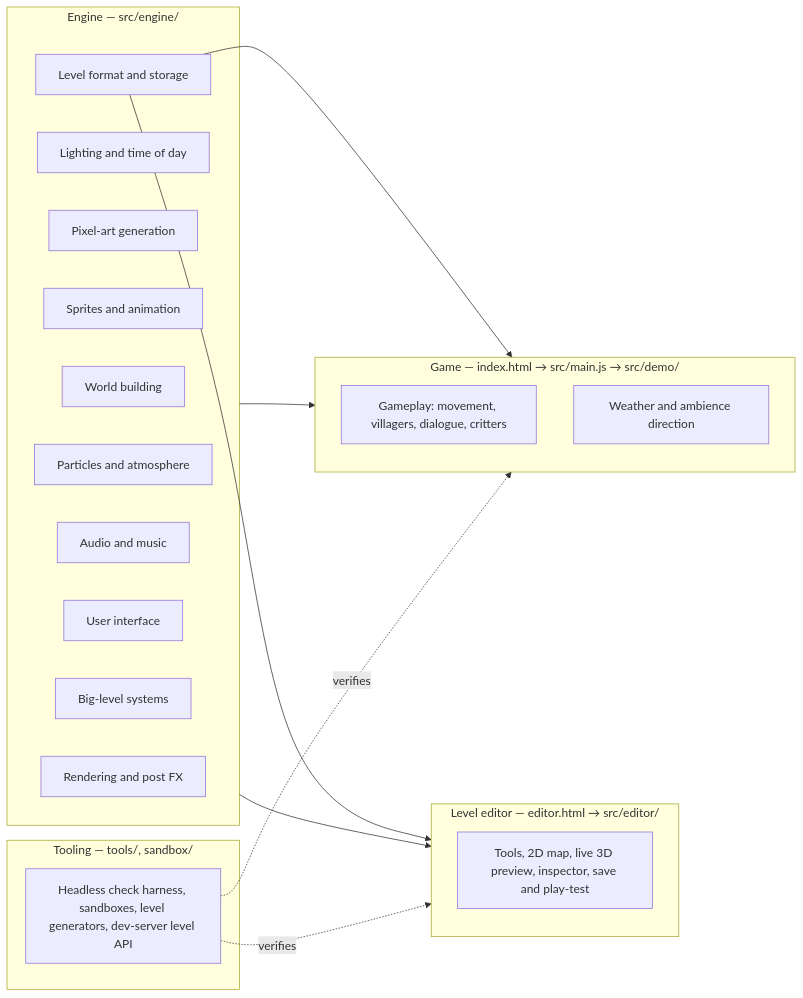
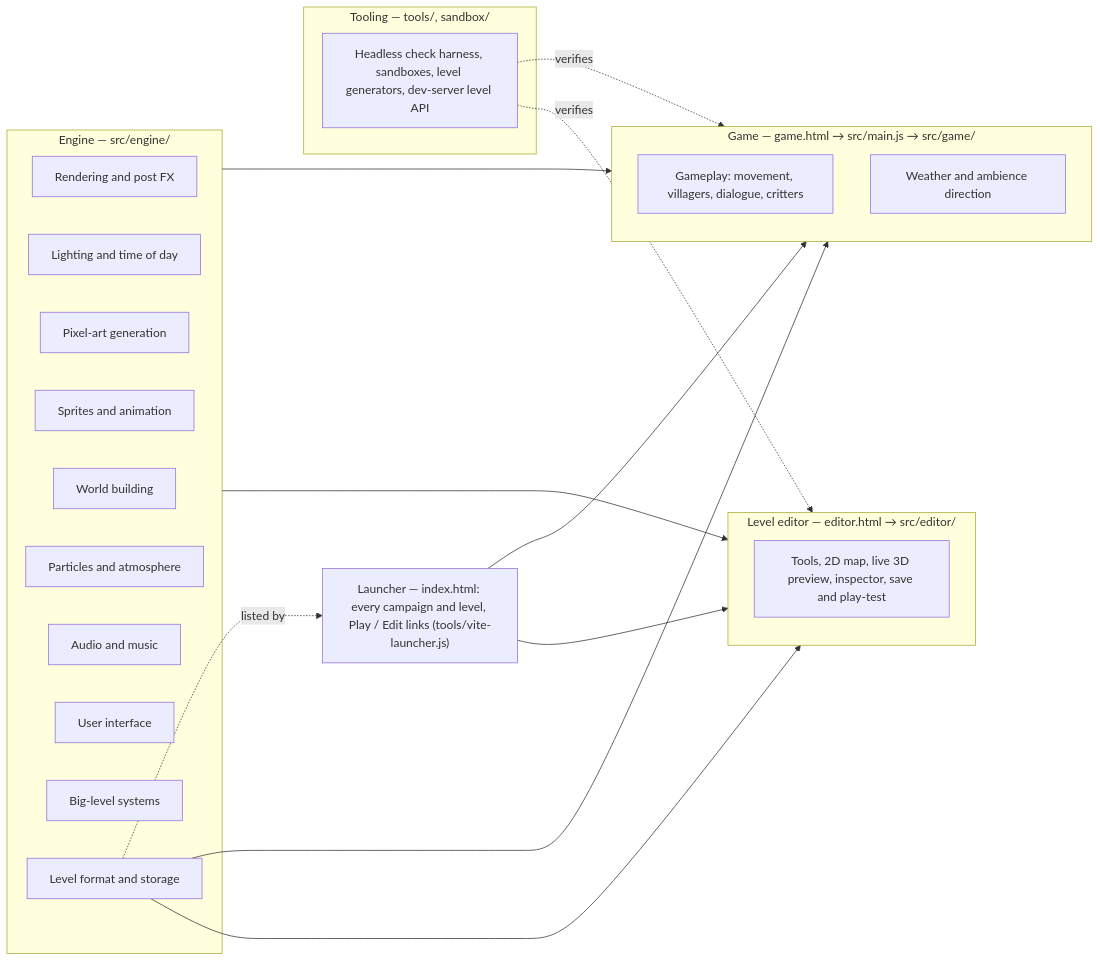
One commit to Leemonztuff/SoulDolls-Lumina changed the diagram in docs/features/FEATURES.md. Above: the diagram before and after it, drawn with Mermaid. The commit also changed other lines of this file and 586 other files, not shown here.

````diff
--- a/docs/features/FEATURES.md
+++ b/docs/features/FEATURES.md
@@ -68,31 +69,35 @@
 ```mermaid
 flowchart LR
   subgraph Engine["Engine — src/engine/"]
     R[Rendering and post FX]
     L[Lighting and time of day]
     P[Pixel-art generation]
     S[Sprites and animation]
     W[World building]
     FX[Particles and atmosphere]
     A[Audio and music]
     U[User interface]
     B[Big-level systems]
     LV[Level format and storage]
   end
-  subgraph Game["Game — index.html → src/main.js → src/demo/"]
+  LA["Launcher — index.html: every campaign and level, Play / Edit links (tools/vite-launcher.js)"]
+  subgraph Game["Game — game.html → src/main.js → src/game/"]
     G[Gameplay: movement, villagers, dialogue, critters]
     WE[Weather and ambience direction]
   end
   subgraph Editor["Level editor — editor.html → src/editor/"]
     E[Tools, 2D map, live 3D preview, inspector, save and play-test]
   end
   subgraph Tools["Tooling — tools/, sandbox/"]
     T[Headless check harness, sandboxes, level generators, dev-server level API]
   end
   LV --> Game
   LV --> Editor
   Engine --> Game
   Engine --> Editor
   T -. verifies .-> Game
   T -. verifies .-> Editor
+  LV -. listed by .-> LA
+  LA --> Game
+  LA --> Editor
 ```
````
